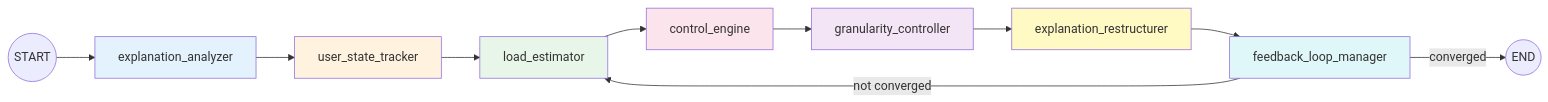
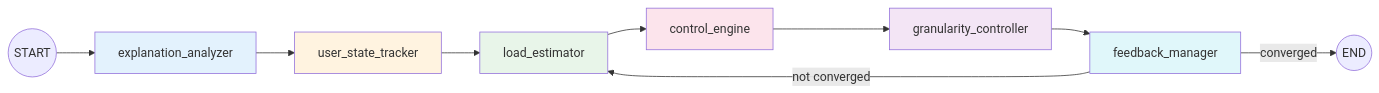
The fifth of 5 diagrams in backend/ai_engine/README.md (chandankumar123456/evilearn), drawn with Mermaid before and after one commit. The commit also changed other lines of this file and 3 other files, not shown here.

First line of the commit message:
Update all READMEs: reflect 6-node architecture, no LLM, active abstraction control, control signals

````diff
--- a/backend/ai_engine/README.md
+++ b/backend/ai_engine/README.md
@@ -695,20 +695,18 @@
 ```mermaid
 graph LR
     START((START)) --> EA[explanation_analyzer]
     EA --> UST[user_state_tracker]
     UST --> LE[load_estimator]
     LE --> CE[control_engine]
     CE --> GC[granularity_controller]
-    GC --> ER[explanation_restructurer]
-    ER --> FLM[feedback_loop_manager]
-    FLM -->|not converged| LE
-    FLM -->|converged| END1((END))
+    GC --> FM[feedback_manager]
+    FM -->|not converged| LE
+    FM -->|converged| END1((END))
 
     style EA fill:#e3f2fd
     style UST fill:#fff3e0
     style LE fill:#e8f5e9
     style CE fill:#fce4ec
     style GC fill:#f3e5f5
-    style ER fill:#fff9c4
-    style FLM fill:#e0f7fa
+    style FM fill:#e0f7fa
 ```
````
